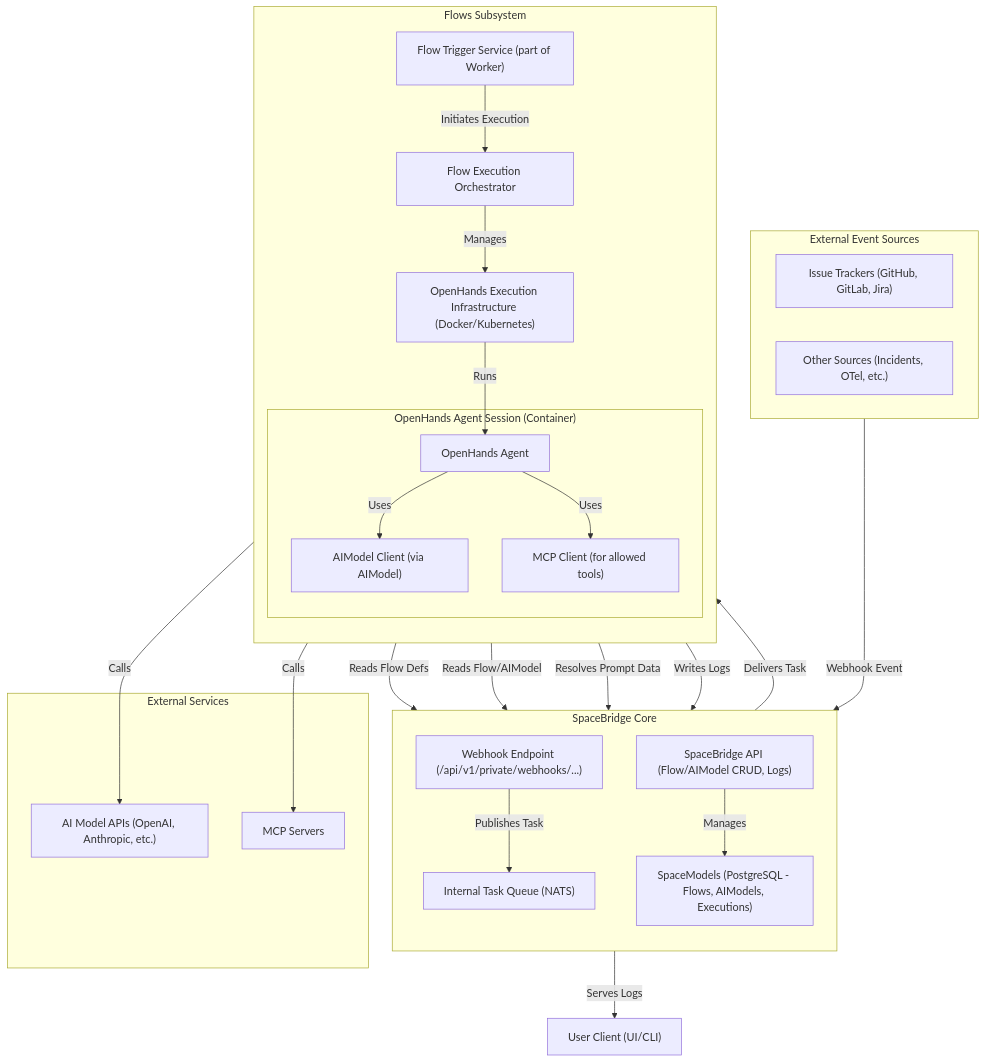
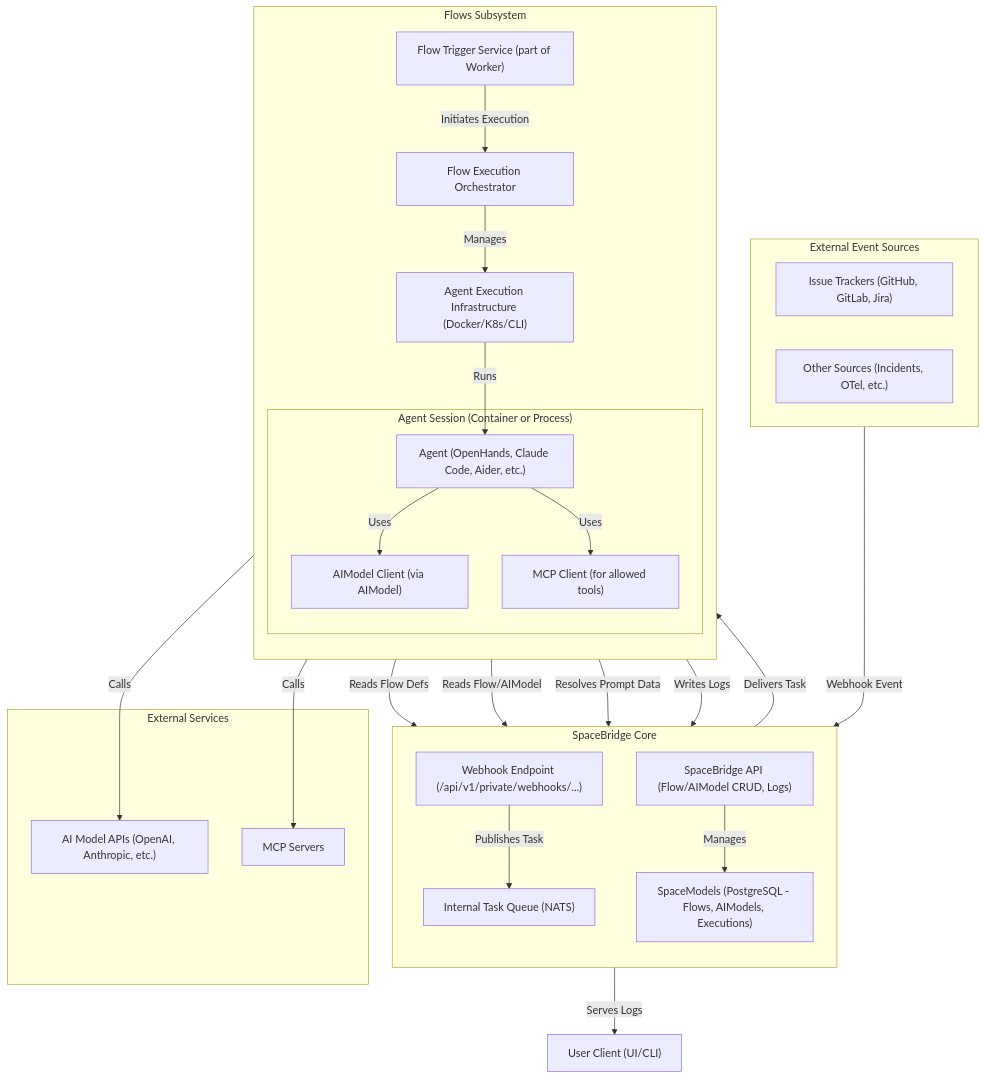
One commit to GiorgosAlexakis/preloop changed the third of 8 diagrams in ARCHITECTURE.md. Above: the diagram before and after it, drawn with Mermaid. The commit also changed other lines of this file and 4 other files, not shown here.

````diff
--- a/ARCHITECTURE.md
+++ b/ARCHITECTURE.md
@@ -370,51 +370,51 @@
 ```mermaid
 graph TD
     subgraph "External Event Sources"
         direction LR
         Trackers["Issue Trackers (GitHub, GitLab, Jira)"]
         OtherSources["Other Sources (Incidents, OTel, etc.)"]
     end
 
     subgraph "SpaceBridge Core"
         direction TB
         WebhookEndpoint["Webhook Endpoint (/api/v1/private/webhooks/...)"]
         TaskQueue["Internal Task Queue (NATS)"]
         APIExt["SpaceBridge API (Flow/AIModel CRUD, Logs)"]
         SpaceModelsDB["SpaceModels (PostgreSQL - Flows, AIModels, Executions)"]
     end
 
     subgraph "Flows Subsystem"
         direction TB
         FlowTriggerService["Flow Trigger Service (part of Worker)"]
         FlowExecOrchestrator["Flow Execution Orchestrator"]
-        OpenHandsInfra["OpenHands Execution Infrastructure (Docker/Kubernetes)"]
-        subgraph "OpenHands Agent Session (Container)"
-            OpenHandsAgent["OpenHands Agent"]
+        AgentInfra["Agent Execution Infrastructure (Docker/K8s/CLI)"]
+        subgraph "Agent Session (Container or Process)"
+            Agent["Agent (OpenHands, Claude Code, Aider, etc.)"]
             AIModelClient["AIModel Client (via AIModel)"]
             MCPClient["MCP Client (for allowed tools)"]
         end
     end
 
     subgraph "External Services"
         AIModelAPIs["AI Model APIs (OpenAI, Anthropic, etc.)"]
         MCPServers["MCP Servers"]
     end
 
     Trackers -- Webhook Event --> WebhookEndpoint
     WebhookEndpoint -- Publishes Task --> TaskQueue
     TaskQueue -- Delivers Task --> FlowTriggerService
     FlowTriggerService -- Reads Flow Defs --> SpaceModelsDB
     FlowTriggerService -- Initiates Execution --> FlowExecOrchestrator
     FlowExecOrchestrator -- Reads Flow/AIModel --> SpaceModelsDB
     FlowExecOrchestrator -- Resolves Prompt Data --> SpaceModelsDB
-    FlowExecOrchestrator -- Manages --> OpenHandsInfra
-    OpenHandsInfra -- Runs --> OpenHandsAgent
-    OpenHandsAgent -- Uses --> AIModelClient
+    FlowExecOrchestrator -- Manages --> AgentInfra
+    AgentInfra -- Runs --> Agent
+    Agent -- Uses --> AIModelClient
     AIModelClient -- Calls --> AIModelAPIs
-    OpenHandsAgent -- Uses --> MCPClient
+    Agent -- Uses --> MCPClient
     MCPClient -- Calls --> MCPServers
     FlowExecOrchestrator -- Writes Logs --> SpaceModelsDB
     APIExt -- Manages --> SpaceModelsDB
     APIExt -- Serves Logs --> UserClient["User Client (UI/CLI)"]
 
 ```
````
